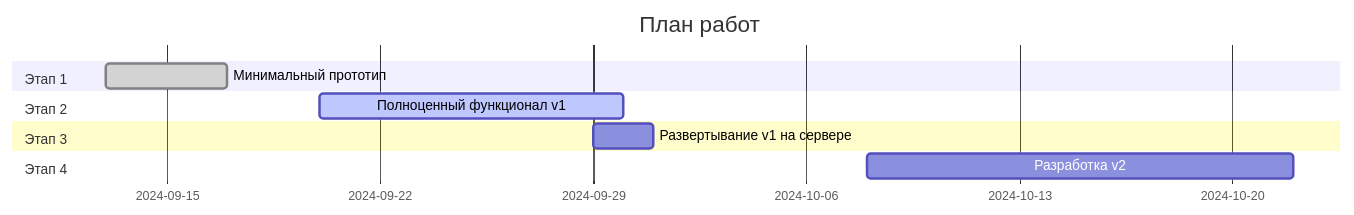
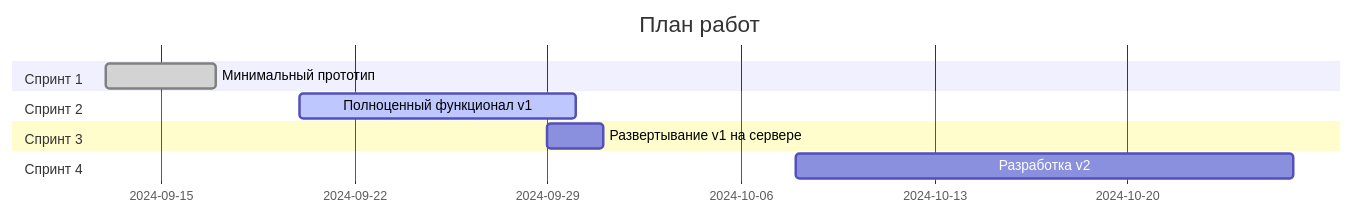
One commit to worker-one/real_estate_telegram_bot changed the diagram in ROADMAP.md. Above: the diagram before and after it, drawn with Mermaid. The commit also changed other lines of this file, not shown here.

````diff
--- a/ROADMAP.md
+++ b/ROADMAP.md
@@ -70,13 +96,13 @@
 ```mermaid
 gantt
     dateFormat  YYYY-MM-DD
     title План работ
-    section Этап 1
+    section Спринт 1
     Минимальный прототип        :done, 2024-09-13, 4d
-    section Этап 2
+    section Спринт 2
     Полноценный функционал v1      :active, 2024-09-20, 10d
-    section Этап 3
+    section Спринт 3
     Развертывание v1 на сервере    :2024-09-29, 2d
-    section Этап 4
-    Разработка v2    :2024-10-08, 14d
+    section Спринт 4
+    Разработка v2    :2024-10-08, 18d
 ```
````
